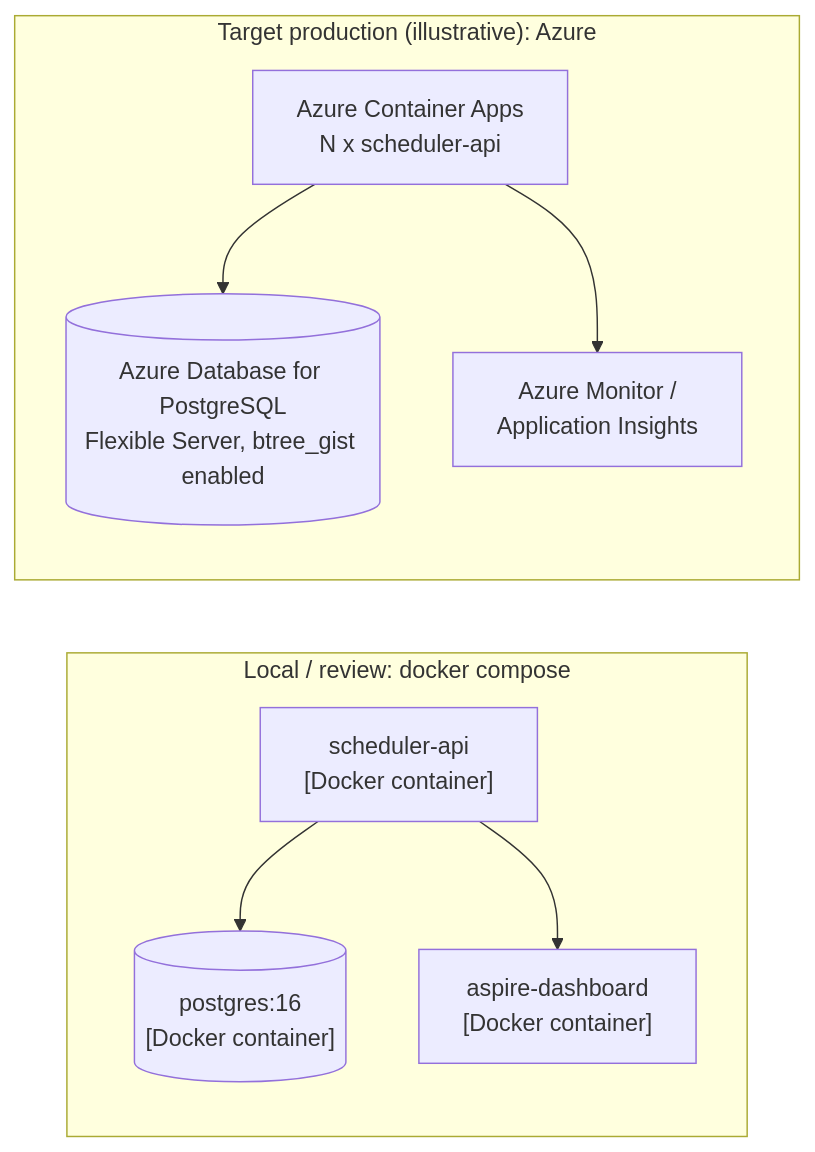
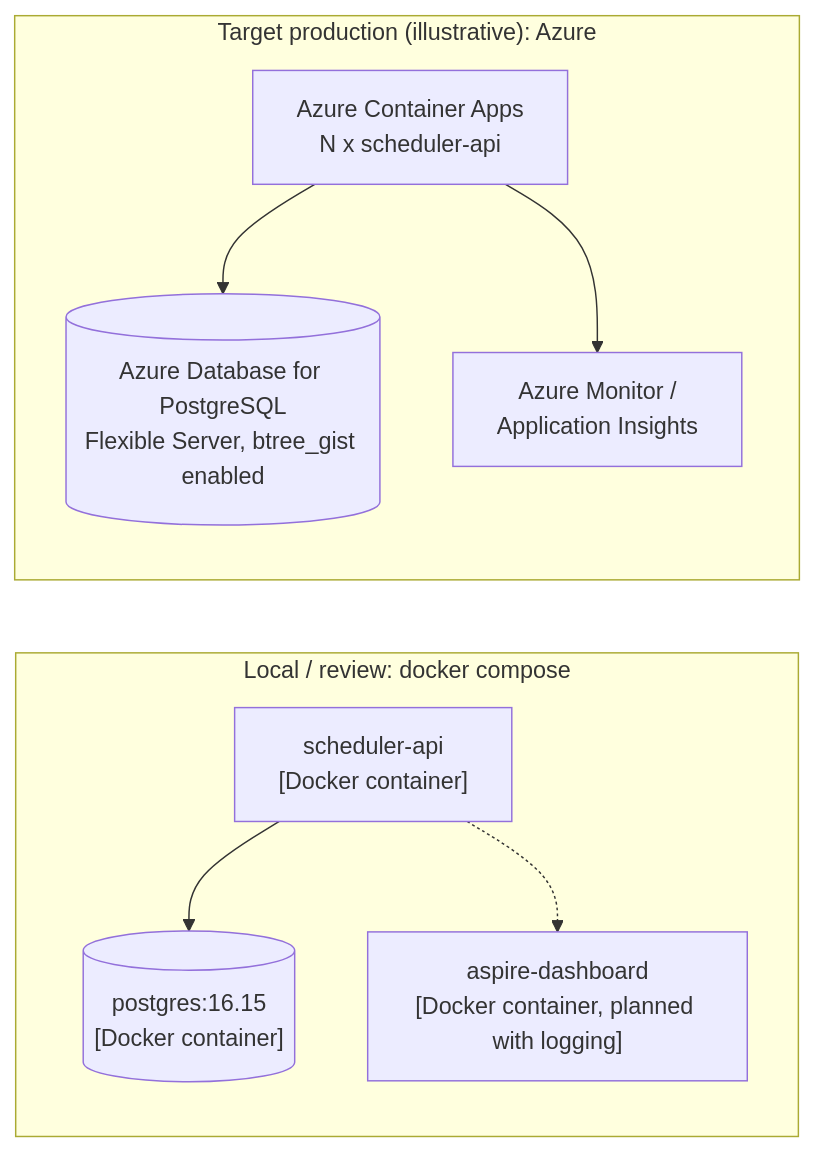
One commit to VietDangiT/unified-service-scheduler changed the fourth of 10 diagrams in docs/system-design.md. Above: the diagram before and after it, drawn with Mermaid. The commit also changed other lines of this file and 17 other files, not shown here.

````diff
--- a/docs/system-design.md
+++ b/docs/system-design.md
@@ -228,17 +228,17 @@
 ```mermaid
 flowchart LR
     subgraph local["Local / review: docker compose"]
         apiC["scheduler-api<br/>[Docker container]"]
-        pgC[("postgres:16<br/>[Docker container]")]
-        aspC["aspire-dashboard<br/>[Docker container]"]
+        pgC[("postgres:16.15<br/>[Docker container]")]
+        aspC["aspire-dashboard<br/>[Docker container, planned with logging]"]
         apiC --> pgC
-        apiC --> aspC
+        apiC -.-> aspC
     end
     subgraph azure["Target production (illustrative): Azure"]
         aca["Azure Container Apps<br/>N x scheduler-api"]
         pgf[("Azure Database for PostgreSQL<br/>Flexible Server, btree_gist enabled")]
         mon["Azure Monitor /<br/>Application Insights"]
         aca --> pgf
         aca --> mon
     end
 ```
````
